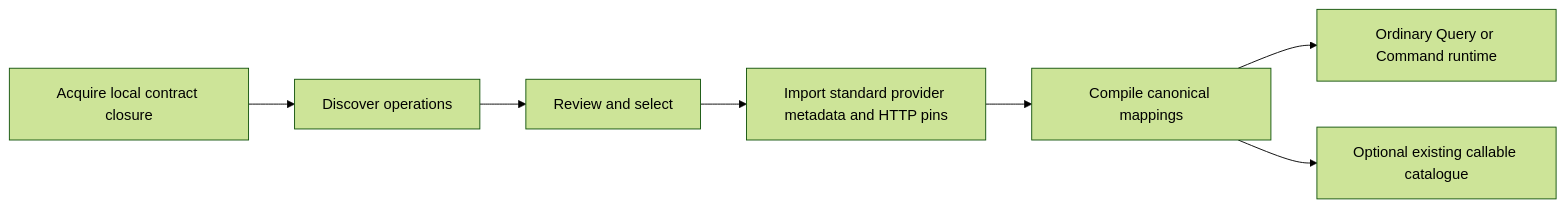
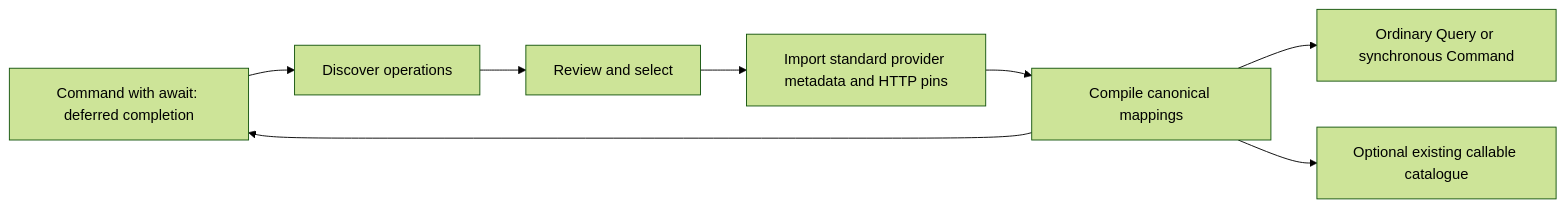
The diagram in docs/develop/connectors/openapi-import.md (The-Pipeline-Framework/pipelineframework), drawn with Mermaid (forest theme) before and after one commit. The commit also changed other lines of this file and 11 other files, not shown here.

Commit message:
docs: promote OpenAPI deferred completion

````diff
--- a/docs/develop/connectors/openapi-import.md
+++ b/docs/develop/connectors/openapi-import.md
@@ -7,9 +7,10 @@
 ```mermaid
 flowchart LR
     A[Acquire local contract closure] --> D[Discover operations]
     D --> S[Review and select]
     S --> I[Import standard provider metadata and HTTP pins]
     I --> C[Compile canonical mappings]
-    C --> R[Ordinary Query or Command runtime]
+    C --> Q[Ordinary Query or synchronous Command]
+    C --> A[Command with await: deferred completion]
     C --> L[Optional existing callable catalogue]
 ```
````
